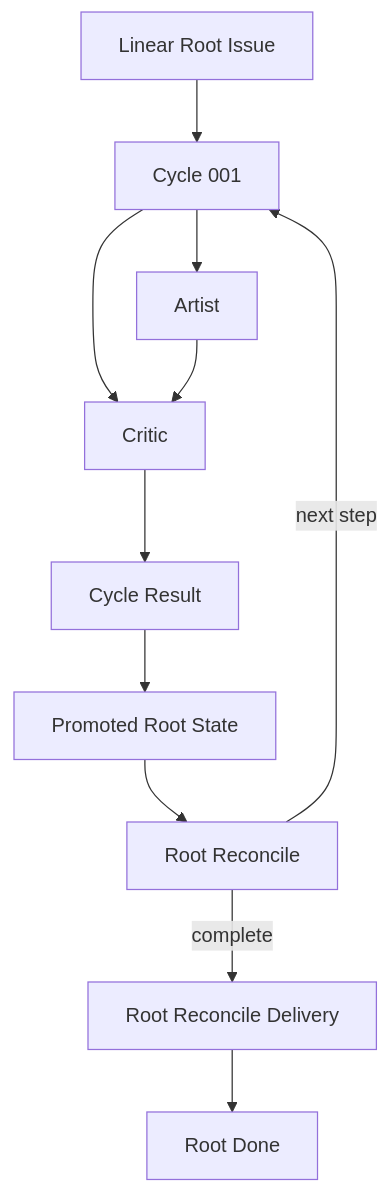
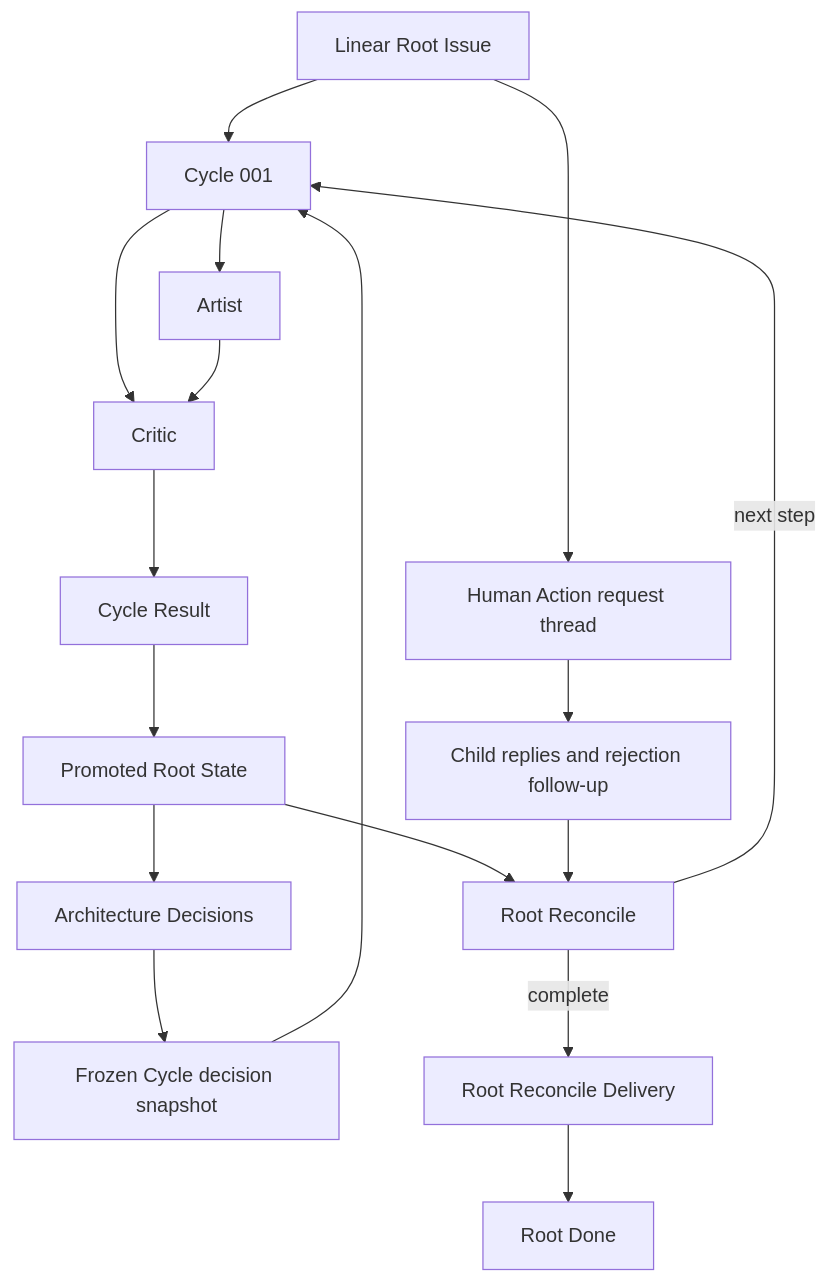
The diagram in docs/architecture/workflow-model.md (hallucination-studio/symphony), drawn with Mermaid before and after one commit. The commit also changed other lines of this file and 49 other files, not shown here.

Commit message:
feat: add visible Human Action workflow and parallel golden E2E

````diff
--- a/docs/architecture/workflow-model.md
+++ b/docs/architecture/workflow-model.md
@@ -156,14 +213,20 @@
 ```mermaid
-%% source-rules: WF-TOPO-001 WF-TOPO-002 WF-TOPO-003 WF-AUTH-008
+%% source-rules: WF-TOPO-001 WF-TOPO-002 WF-TOPO-003 WF-TOPO-010 WF-TOPO-011 WF-TOPO-012 WF-AUTH-008
 flowchart TD
   Root[Linear Root Issue] --> Cycle[Cycle 001]
   Cycle --> Artist[Artist]
   Cycle --> Critic[Critic]
   Artist --> Critic
   Critic --> Result[Cycle Result]
   Result --> State[Promoted Root State]
   State --> Reconcile[Root Reconcile]
+  Root --> Human[Human Action request thread]
+  Human --> Reply[Child replies and rejection follow-up]
+  Reply --> Reconcile
+  State --> Decisions[Architecture Decisions]
+  Decisions --> Snapshot[Frozen Cycle decision snapshot]
+  Snapshot --> Cycle
   Reconcile -->|next step| Cycle
   Reconcile -->|complete| Delivery[Root Reconcile Delivery]
   Delivery --> Done[Root Done]
 ```
````
